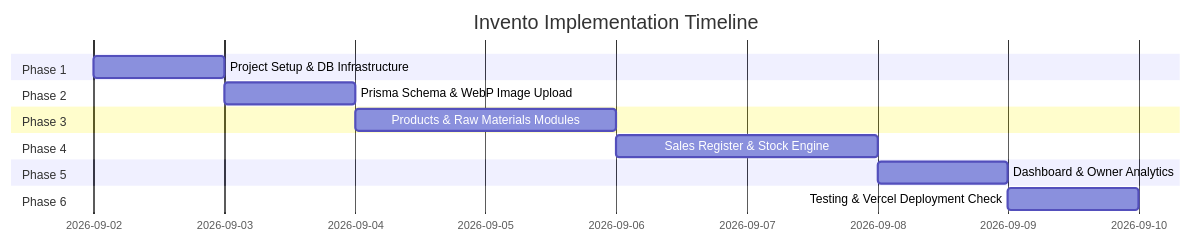
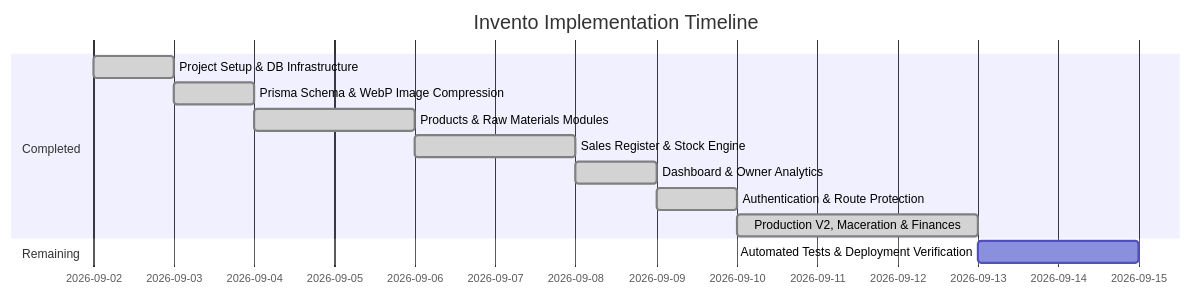
One commit to hashir1313/invento changed the diagram in docs/plan.md. Above: the diagram before and after it, drawn with Mermaid. The commit also changed other lines of this file and 6 other files, not shown here.

````diff
--- a/docs/plan.md
+++ b/docs/plan.md
@@ -11,17 +11,15 @@
 ```mermaid
 gantt
     title Invento Implementation Timeline
     dateFormat  YYYY-MM-DD
-    section Phase 1
-    Project Setup & DB Infrastructure :p1, 2026-09-02, 1d
-    section Phase 2
-    Prisma Schema & WebP Image Upload :p2, after p1, 1d
-    section Phase 3
-    Products & Raw Materials Modules   :p3, after p2, 2d
-    section Phase 4
-    Sales Register & Stock Engine     :p4, after p3, 2d
-    section Phase 5
-    Dashboard & Owner Analytics        :p5, after p4, 1d
-    section Phase 6
-    Testing & Vercel Deployment Check :p6, after p5, 1d
+    section Completed
+    Project Setup & DB Infrastructure            :done, p1, 2026-09-02, 1d
+    Prisma Schema & WebP Image Compression       :done, p2, after p1, 1d
+    Products & Raw Materials Modules             :done, p3, after p2, 2d
+    Sales Register & Stock Engine                :done, p4, after p3, 2d
+    Dashboard & Owner Analytics                  :done, p5, after p4, 1d
+    Authentication & Route Protection            :done, p6, after p5, 1d
+    Production V2, Maceration & Finances         :done, p7, after p6, 3d
+    section Remaining
+    Automated Tests & Deployment Verification    :p8, after p7, 2d
 ```
````
